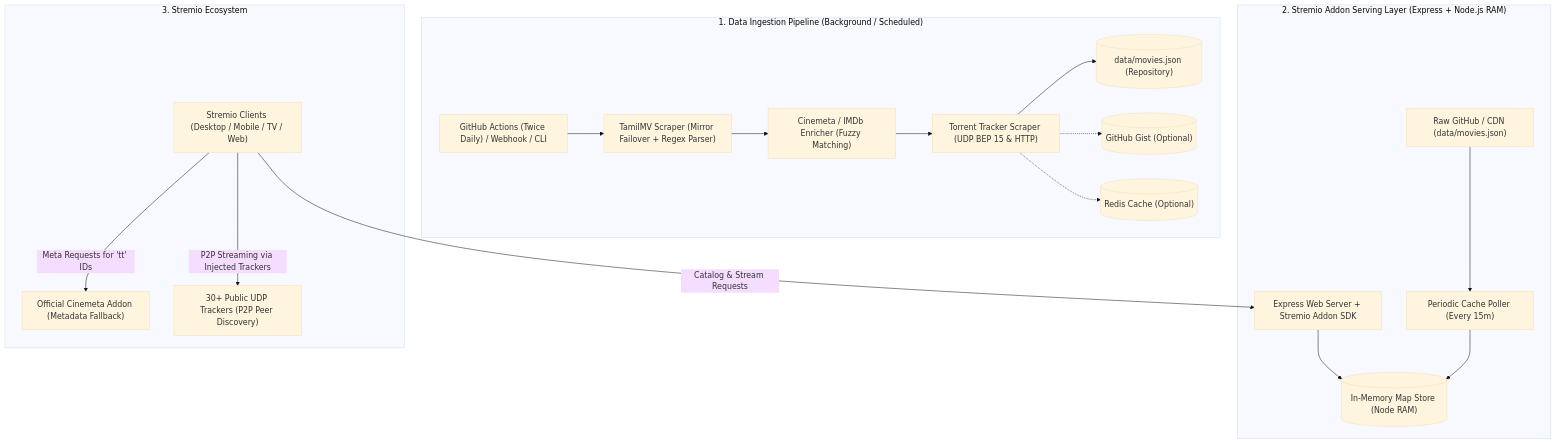
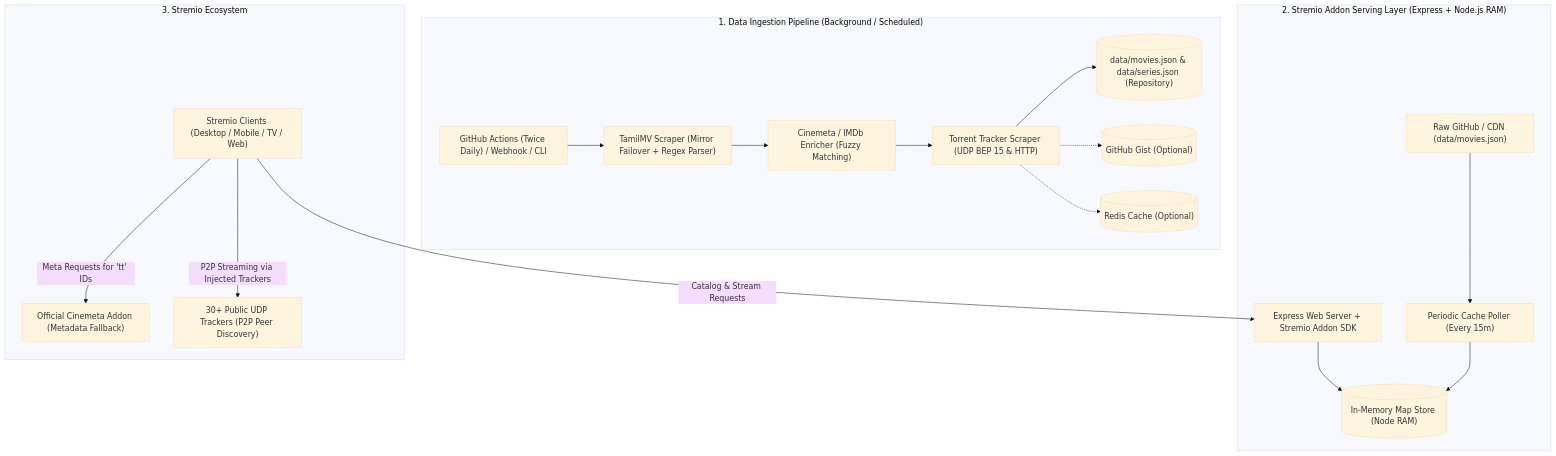
One commit to cold-logic5/TMV_Stremio_Addon changed the first of 2 diagrams in ARCHITECTURE.md. Above: the diagram before and after it, drawn with Mermaid (base theme). The commit also changed other lines of this file and 10 other files, not shown here.

````diff
--- a/ARCHITECTURE.md
+++ b/ARCHITECTURE.md
@@ -13,40 +13,40 @@
 ```mermaid
 flowchart TB
     subgraph Ingestion ["1. Data Ingestion Pipeline (Background / Scheduled)"]
         Cron["GitHub Actions (Twice Daily) / Webhook / CLI"]
         Scraper["TamilMV Scraper (Mirror Failover + Regex Parser)"]
         Enricher["Cinemeta / IMDb Enricher (Fuzzy Matching)"]
         Health["Torrent Tracker Scraper (UDP BEP 15 & HTTP)"]
-        JSONOutput[("data/movies.json (Repository)")]
+        JSONOutput[("data/movies.json & data/series.json (Repository)")]
         GistOutput[("GitHub Gist (Optional)")]
         RedisOutput[("Redis Cache (Optional)")]
         
         Cron --> Scraper
         Scraper --> Enricher
         Enricher --> Health
         Health --> JSONOutput
         Health -.-> GistOutput
         Health -.-> RedisOutput
     end
 
     subgraph Serving ["2. Stremio Addon Serving Layer (Express + Node.js RAM)"]
         CDN["Raw GitHub / CDN (data/movies.json)"]
         Poller["Periodic Cache Poller (Every 15m)"]
         RAM[("In-Memory Map Store (Node RAM)")]
         ExpressApp["Express Web Server + Stremio Addon SDK"]
         
         CDN --> Poller
         Poller --> RAM
         ExpressApp --> RAM
     end
 
     subgraph Clients ["3. Stremio Ecosystem"]
         StremioApp["Stremio Clients (Desktop / Mobile / TV / Web)"]
         CinemetaOfficial["Official Cinemeta Addon (Metadata Fallback)"]
         Trackers["30+ Public UDP Trackers (P2P Peer Discovery)"]
         
         StremioApp -->|Catalog & Stream Requests| ExpressApp
         StremioApp -->|Meta Requests for 'tt' IDs| CinemetaOfficial
         StremioApp -->|P2P Streaming via Injected Trackers| Trackers
     end
 ```
````
